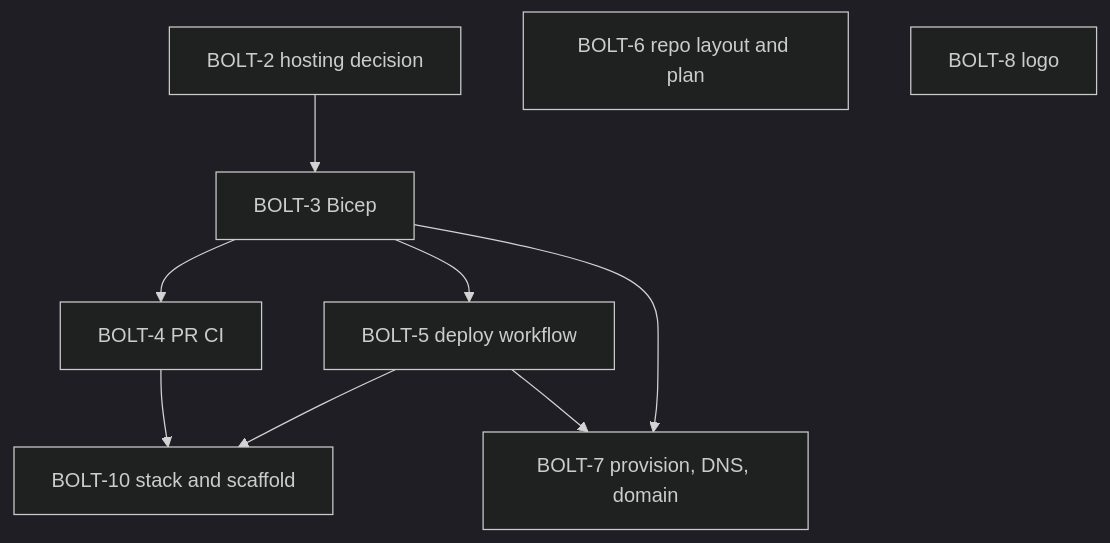
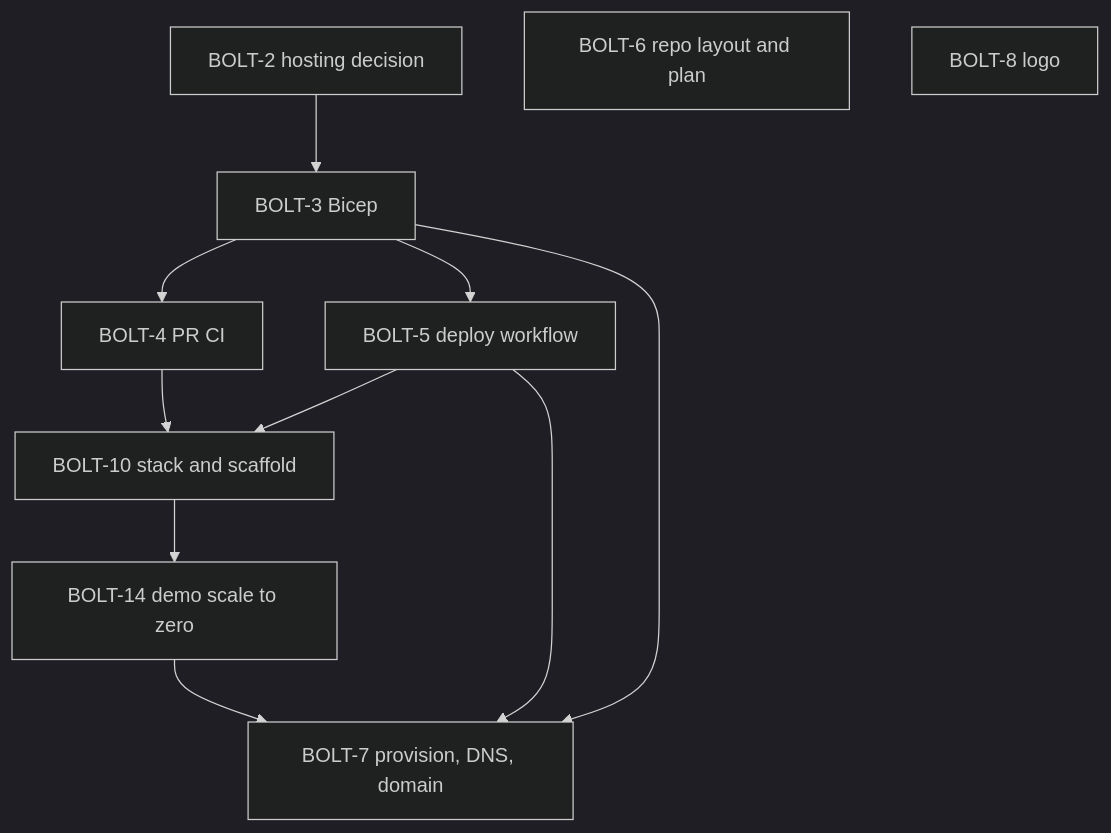
The diagram in docs/plan.md (henrique-meyer/boltclock), drawn with Mermaid (dark theme) before and after one commit. The commit also changed other lines of this file and 11 other files, not shown here.

First line of the commit message:
BOLT-14 Let a demo deployment scale to zero with a session limit

````diff
--- a/docs/plan.md
+++ b/docs/plan.md
@@ -15,18 +15,21 @@
 ```mermaid
 flowchart TD
   s2[BOLT-2 hosting decision]
   s3[BOLT-3 Bicep]
   s4[BOLT-4 PR CI]
   s5[BOLT-5 deploy workflow]
   s6[BOLT-6 repo layout and plan]
   s7[BOLT-7 provision, DNS, domain]
   s8[BOLT-8 logo]
   s10[BOLT-10 stack and scaffold]
+  s14[BOLT-14 demo scale to zero]
   s2 --> s3
   s4 --> s10
   s5 --> s10
   s3 --> s4
   s3 --> s5
   s3 --> s7
   s5 --> s7
+  s10 --> s14
+  s14 --> s7
 ```
````
